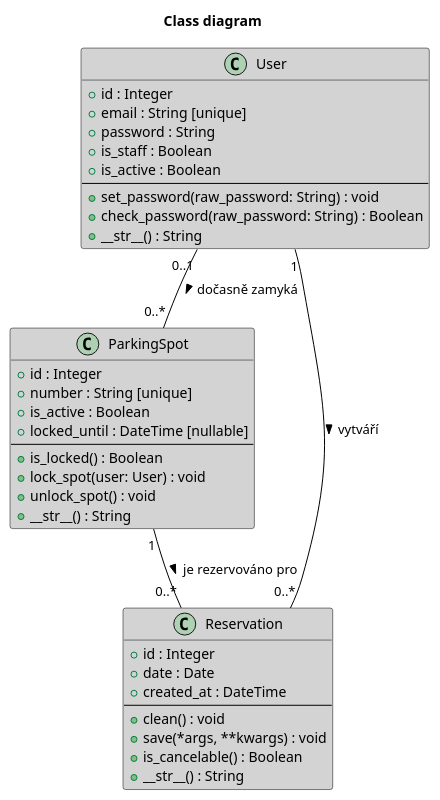
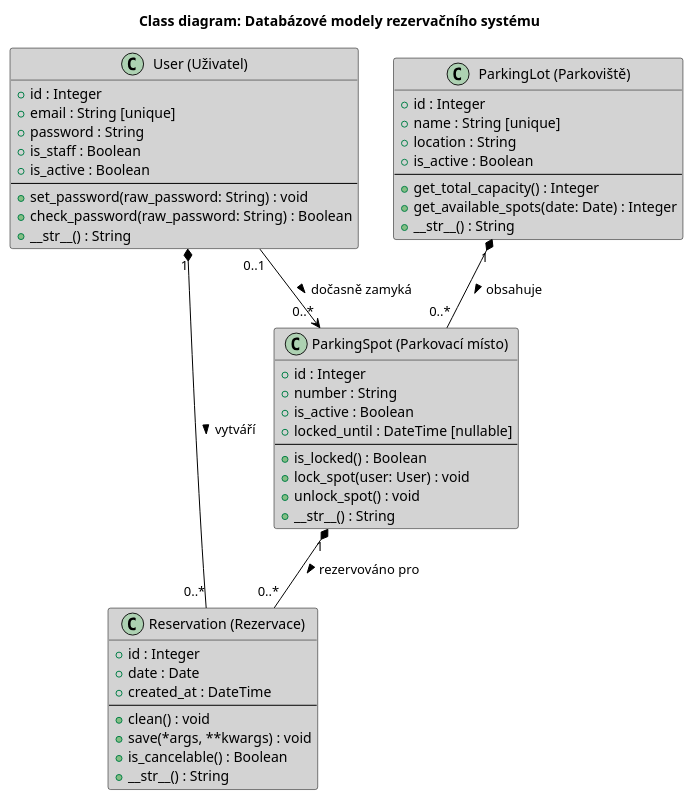
One commit to AidenCze/SWI-Project changed the diagram in docs/diagramy/class.puml. Above: the diagram before and after it, drawn with PlantUML.

Commit message:
Update class diagram with Czech translations and relations

```diff
--- a/docs/diagramy/class.puml
+++ b/docs/diagramy/class.puml
@@ -1,50 +1,67 @@
 @startuml
-title Class diagram
+title Class diagram: Databázové modely rezervačního systému
 
 skinparam class {
     BackgroundColor LightGray
     ArrowColor Black
     BorderColor Black
 }
 
-class "User" as User {
+hide empty methods
+
+class "User (Uživatel)" as User {
     + id : Integer
     + email : String [unique]
     + password : String
     + is_staff : Boolean
     + is_active : Boolean
     ---
     + set_password(raw_password: String) : void
     + check_password(raw_password: String) : Boolean
     + __str__() : String
 }
 
-class "ParkingSpot" as Spot {
+class "ParkingLot (Parkoviště)" as Lot {
     + id : Integer
-    + number : String [unique]
+    + name : String [unique]
+    + location : String
+    + is_active : Boolean
+    ---
+    + get_total_capacity() : Integer
+    + get_available_spots(date: Date) : Integer
+    + __str__() : String
+}
+
+class "ParkingSpot (Parkovací místo)" as Spot {
+    + id : Integer
+    + number : String
     + is_active : Boolean
     + locked_until : DateTime [nullable]
     ---
     + is_locked() : Boolean
     + lock_spot(user: User) : void
     + unlock_spot() : void
     + __str__() : String
 }
 
-class "Reservation" as Res {
+class "Reservation (Rezervace)" as Res {
     + id : Integer
     + date : Date
     + created_at : DateTime
     ---
     + clean() : void
     + save(*args, **kwargs) : void
     + is_cancelable() : Boolean
     + __str__() : String
 }
 
-' Relace (vztahy) mezi modely
-User "1" -- "0..*" Res : "vytváří >"
-Spot "1" -- "0..*" Res : "je rezervováno pro >"
-User "0..1" -- "0..*" Spot : "dočasně zamyká >"
+' Relace (vztahy) s využitím správné UML notace
+' Kompozice (plný kosočtverec) = CASCADE delete v Djangu
+Lot "1" *-- "0..*" Spot : "obsahuje >"
+User "1" *-- "0..*" Res : "vytváří >"
+Spot "1" *-- "0..*" Res : "rezervováno pro >"
+
+' Směrovaná asociace (otevřená šipka) = Dočasný volný vztah
+User "0..1" --> "0..*" Spot : "dočasně zamyká >"
 
 @enduml
```
